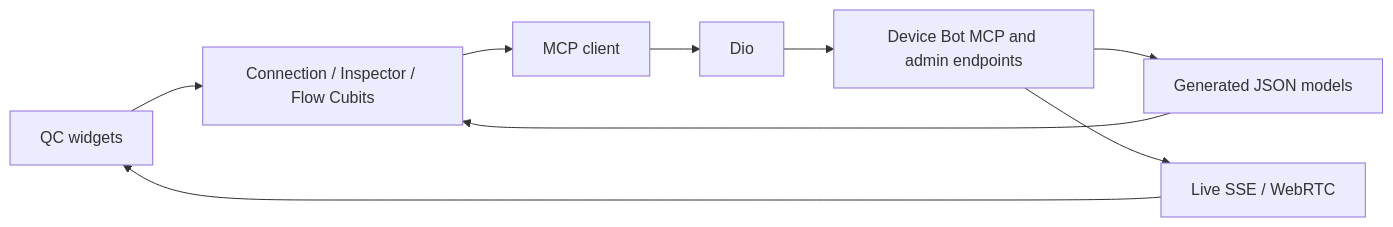
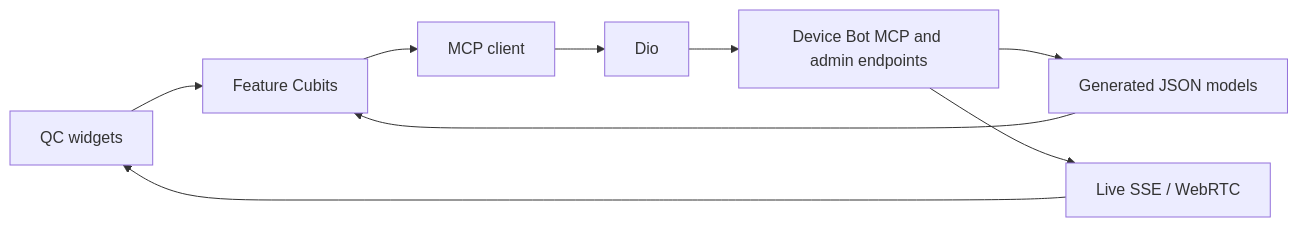
One commit to ho-doan/device-bot changed the diagram in server/flutter_app/README.md. Above: the diagram before and after it, drawn with Mermaid. The commit also changed other lines of this file and 18 other files, not shown here.

````diff
--- a/server/flutter_app/README.md
+++ b/server/flutter_app/README.md
@@ -66,11 +71,11 @@
 ```mermaid
 flowchart LR
-  UI[QC widgets] --> C[Connection / Inspector / Flow Cubits]
+  UI[QC widgets] --> C[Feature Cubits]
   C --> M[MCP client]
   M --> D[Dio]
   D --> API[Device Bot MCP and admin endpoints]
   API --> J[Generated JSON models]
   J --> C
   API --> S[Live SSE / WebRTC]
   S --> UI
 ```
````
